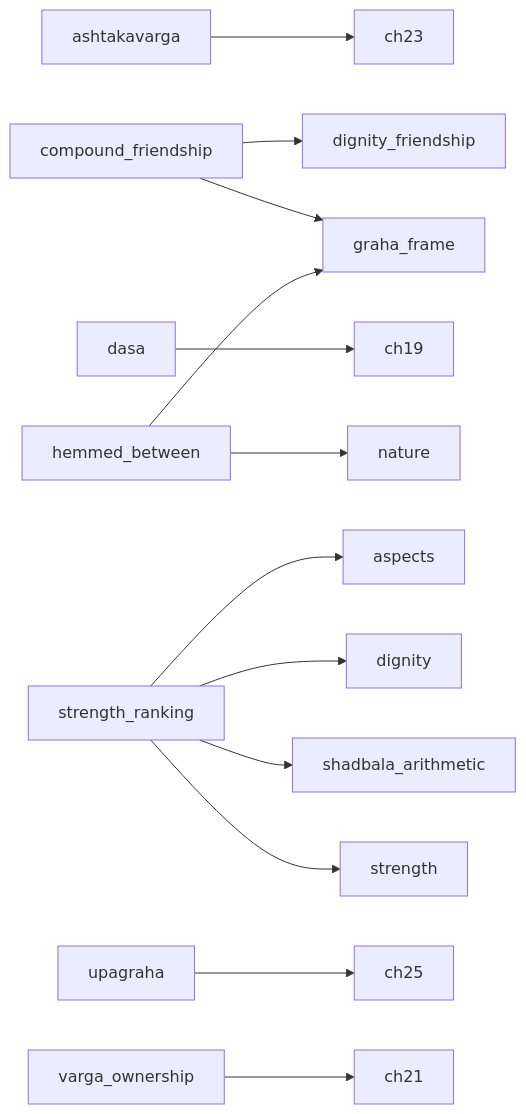
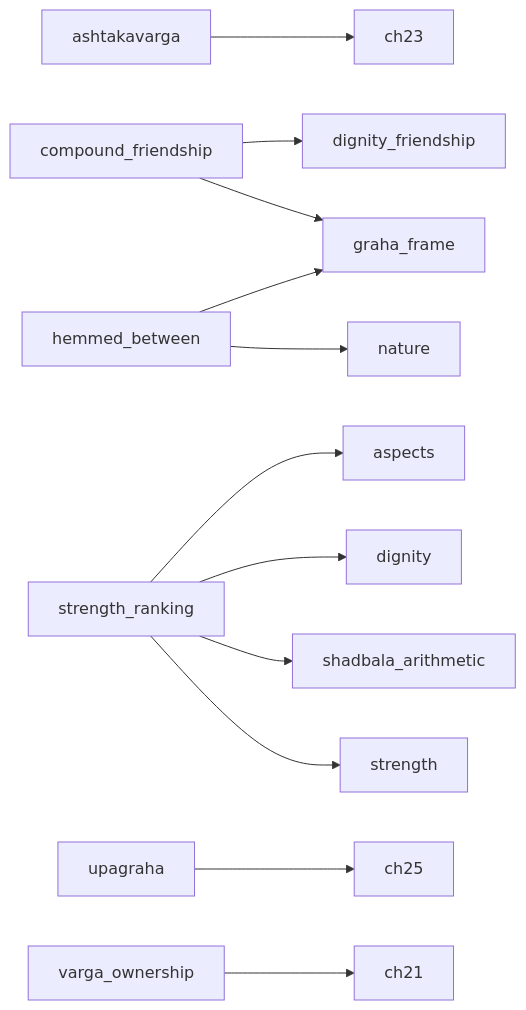
One commit to tarunrameshphotography/Vedic-AI changed the diagram in Reports/PHASE3_PLAN.md. Above: the diagram before and after it, drawn with Mermaid. The commit also changed other lines of this file and 15 other files, not shown here.

````diff
--- a/Reports/PHASE3_PLAN.md
+++ b/Reports/PHASE3_PLAN.md
@@ -47,15 +46,14 @@
 ```mermaid
 graph LR
   ashtakavarga --> ch23
   compound_friendship --> dignity_friendship
   compound_friendship --> graha_frame
-  dasa --> ch19
   hemmed_between --> graha_frame
   hemmed_between --> nature
   strength_ranking --> aspects
   strength_ranking --> dignity
   strength_ranking --> shadbala_arithmetic
   strength_ranking --> strength
   upagraha --> ch25
   varga_ownership --> ch21
 ```
````
